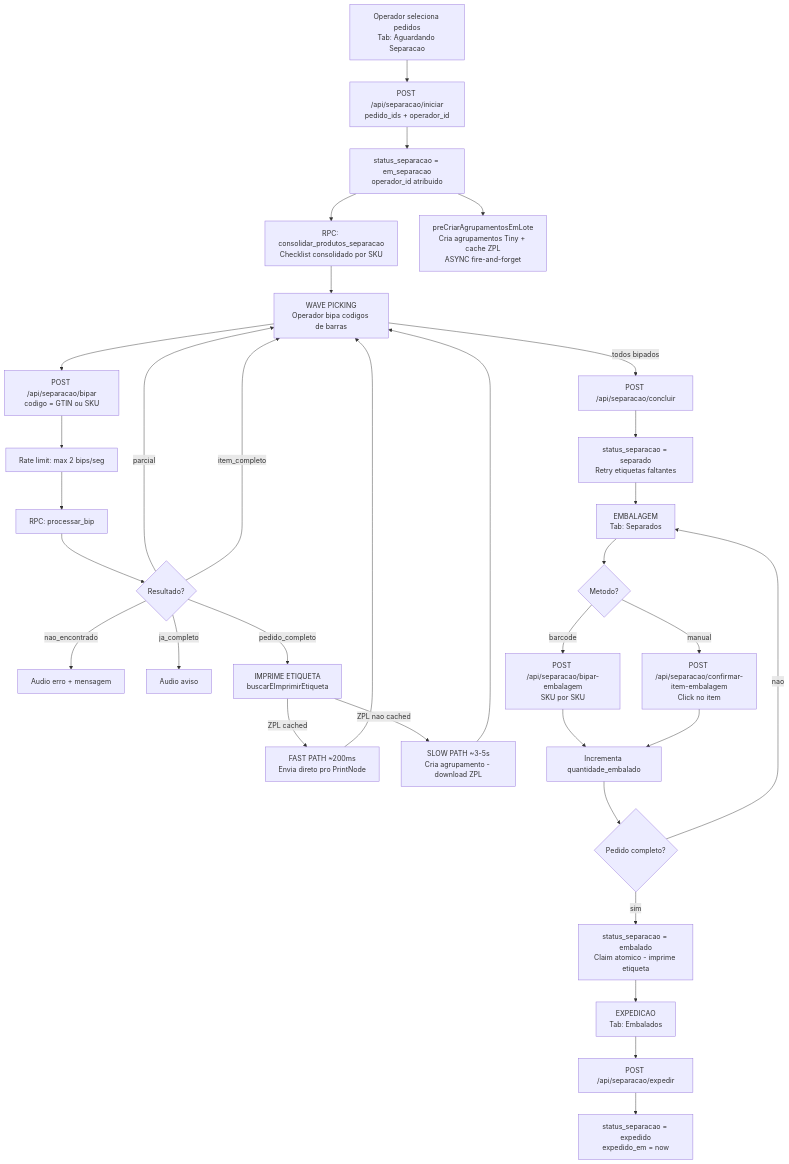
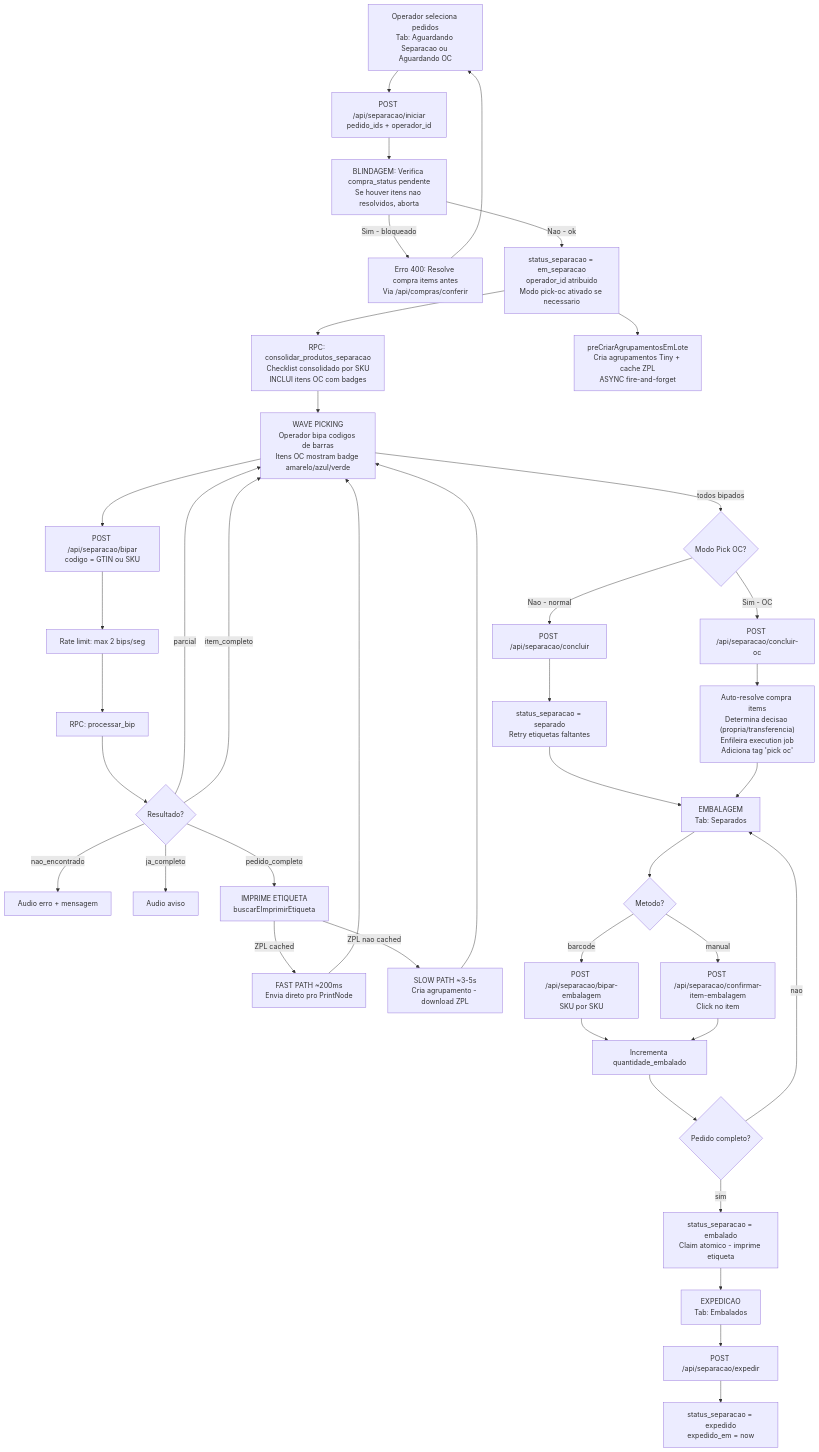
One commit to Eryk-dev/estoquelever changed the fourth of 15 diagrams in docs/fluxos-siso.md. Above: the diagram before and after it, drawn with Mermaid. The commit also changed other lines of this file and 5 other files, not shown here.

First line of the commit message:
docs: atualizar CLAUDE.md e docs com compras v2, retry-etiqueta, e novos endpoints

````diff
--- a/docs/fluxos-siso.md
+++ b/docs/fluxos-siso.md
@@ -170,47 +174,56 @@
 ```mermaid
 flowchart TD
-    A["Operador seleciona pedidos<br/>Tab: Aguardando Separacao"] --> B["POST /api/separacao/iniciar<br/>pedido_ids + operador_id"]
+    A["Operador seleciona pedidos<br/>Tab: Aguardando Separacao ou Aguardando OC"] --> B["POST /api/separacao/iniciar<br/>pedido_ids + operador_id"]
 
-    B --> C["status_separacao = em_separacao<br/>operador_id atribuido"]
-    C --> D["RPC: consolidar_produtos_separacao<br/>Checklist consolidado por SKU"]
-    C --> E["preCriarAgrupamentosEmLote<br/>Cria agrupamentos Tiny + cache ZPL<br/>ASYNC fire-and-forget"]
+    B --> C["BLINDAGEM: Verifica compra_status pendente<br/>Se houver itens nao resolvidos, aborta"]
+    C -->|Sim - bloqueado| D["Erro 400: Resolve compra items antes<br/>Via /api/compras/conferir"]
+    D --> A
+    C -->|Nao - ok| E["status_separacao = em_separacao<br/>operador_id atribuido<br/>Modo pick-oc ativado se necessario"]
 
-    D --> F["WAVE PICKING<br/>Operador bipa codigos de barras"]
+    E --> F["RPC: consolidar_produtos_separacao<br/>Checklist consolidado por SKU<br/>INCLUI itens OC com badges"]
+    E --> G["preCriarAgrupamentosEmLote<br/>Cria agrupamentos Tiny + cache ZPL<br/>ASYNC fire-and-forget"]
 
-    F --> G["POST /api/separacao/bipar<br/>codigo = GTIN ou SKU"]
-    G --> H["Rate limit: max 2 bips/seg"]
-    H --> I["RPC: processar_bip"]
+    F --> H["WAVE PICKING<br/>Operador bipa codigos de barras<br/>Itens OC mostram badge amarelo/azul/verde"]
 
-    I --> J{"Resultado?"}
-    J -->|parcial| F
-    J -->|item_completo| F
-    J -->|nao_encontrado| K["Audio erro + mensagem"]
-    J -->|ja_completo| L["Audio aviso"]
+    H --> I["POST /api/separacao/bipar<br/>codigo = GTIN ou SKU"]
+    I --> J["Rate limit: max 2 bips/seg"]
+    J --> K["RPC: processar_bip"]
 
-    J -->|pedido_completo| M["IMPRIME ETIQUETA<br/>buscarEImprimirEtiqueta"]
-    M -->|"ZPL cached"| N["FAST PATH ~200ms<br/>Envia direto pro PrintNode"]
-    M -->|"ZPL nao cached"| O["SLOW PATH ~3-5s<br/>Cria agrupamento - download ZPL"]
+    K --> L{"Resultado?"}
+    L -->|parcial| H
+    L -->|item_completo| H
+    L -->|nao_encontrado| M["Audio erro + mensagem"]
+    L -->|ja_completo| N["Audio aviso"]
 
-    N --> F
-    O --> F
+    L -->|pedido_completo| O["IMPRIME ETIQUETA<br/>buscarEImprimirEtiqueta"]
+    O -->|"ZPL cached"| P["FAST PATH ~200ms<br/>Envia direto pro PrintNode"]
+    O -->|"ZPL nao cached"| Q["SLOW PATH ~3-5s<br/>Cria agrupamento - download ZPL"]
 
-    F -->|"todos bipados"| P["POST /api/separacao/concluir"]
-    P --> Q["status_separacao = separado<br/>Retry etiquetas faltantes"]
+    P --> H
+    Q --> H
 
-    Q --> R["EMBALAGEM<br/>Tab: Separados"]
+    H -->|"todos bipados"| R{"Modo Pick OC?"}
+    R -->|Nao - normal| S["POST /api/separacao/concluir"]
+    R -->|Sim - OC| T["POST /api/separacao/concluir-oc"]
 
-    R --> S{"Metodo?"}
-    S -->|barcode| T["POST /api/separacao/bipar-embalagem<br/>SKU por SKU"]
-    S -->|manual| U["POST /api/separacao/confirmar-item-embalagem<br/>Click no item"]
+    S --> U["status_separacao = separado<br/>Retry etiquetas faltantes"]
+    T --> V["Auto-resolve compra items<br/>Determina decisao (propria/transferencia)<br/>Enfileira execution job<br/>Adiciona tag 'pick oc'"]
 
-    T --> V["Incrementa quantidade_embalado"]
-    U --> V
+    U --> W["EMBALAGEM<br/>Tab: Separados"]
+    V --> W
 
-    V --> W{"Pedido completo?"}
-    W -->|nao| R
-    W -->|sim| X["status_separacao = embalado<br/>Claim atomico - imprime etiqueta"]
+    W --> X{"Metodo?"}
+    X -->|barcode| Y["POST /api/separacao/bipar-embalagem<br/>SKU por SKU"]
+    X -->|manual| Z["POST /api/separacao/confirmar-item-embalagem<br/>Click no item"]
 
-    X --> Y["EXPEDICAO<br/>Tab: Embalados"]
-    Y --> Z["POST /api/separacao/expedir"]
-    Z --> AA["status_separacao = expedido<br/>expedido_em = now"]
+    Y --> AA["Incrementa quantidade_embalado"]
+    Z --> AA
+
+    AA --> AB{"Pedido completo?"}
+    AB -->|nao| W
+    AB -->|sim| AC["status_separacao = embalado<br/>Claim atomico - imprime etiqueta"]
+
+    AC --> AD["EXPEDICAO<br/>Tab: Embalados"]
+    AD --> AE["POST /api/separacao/expedir"]
+    AE --> AF["status_separacao = expedido<br/>expedido_em = now"]
 ```
````
